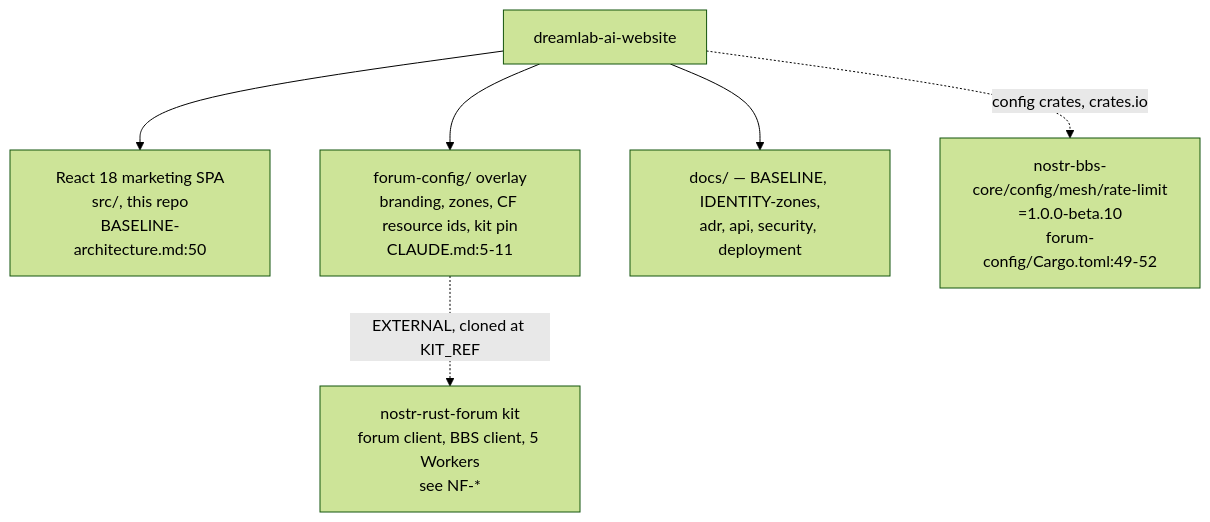
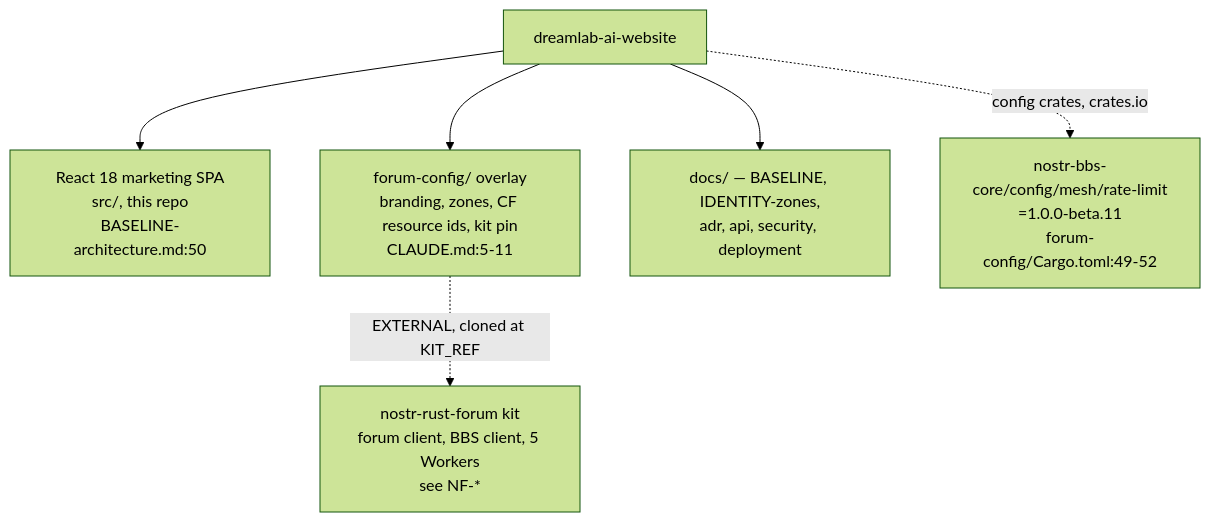
One commit to DreamLab-AI/VisionFlow changed the first of 8 diagrams in docs/diagrams/dreamlab-ai-website/01-repo-composition-and-deploy-topology.md. Above: the diagram before and after it, drawn with Mermaid (forest theme). The commit also changed other lines of this file and 11 other files, not shown here.

First line of the commit message:
docs(diagrams): audit the five light areas, and draw the proposed chain view

````diff
--- a/docs/diagrams/dreamlab-ai-website/01-repo-composition-and-deploy-topology.md
+++ b/docs/diagrams/dreamlab-ai-website/01-repo-composition-and-deploy-topology.md
@@ -25,8 +25,8 @@
 ```mermaid
 flowchart TB
     REPO["dreamlab-ai-website"] --> REACT["React 18 marketing SPA<br/>src/, this repo<br/>BASELINE-architecture.md:50"]
     REPO --> FCFG["forum-config/ overlay<br/>branding, zones, CF resource ids, kit pin<br/>CLAUDE.md:5-11"]
     REPO --> DOCS["docs/ — BASELINE, IDENTITY-zones,<br/>adr, api, security, deployment"]
     FCFG -. "EXTERNAL, cloned at KIT_REF" .-> KIT["nostr-rust-forum kit<br/>forum client, BBS client, 5 Workers<br/>see NF-*"]
-    REPO -. "config crates, crates.io" .-> CRATES["nostr-bbs-core/config/mesh/rate-limit<br/>=1.0.0-beta.10<br/>forum-config/Cargo.toml:49-52"]
+    REPO -. "config crates, crates.io" .-> CRATES["nostr-bbs-core/config/mesh/rate-limit<br/>=1.0.0-beta.11<br/>forum-config/Cargo.toml:49-52"]
 ```
````
